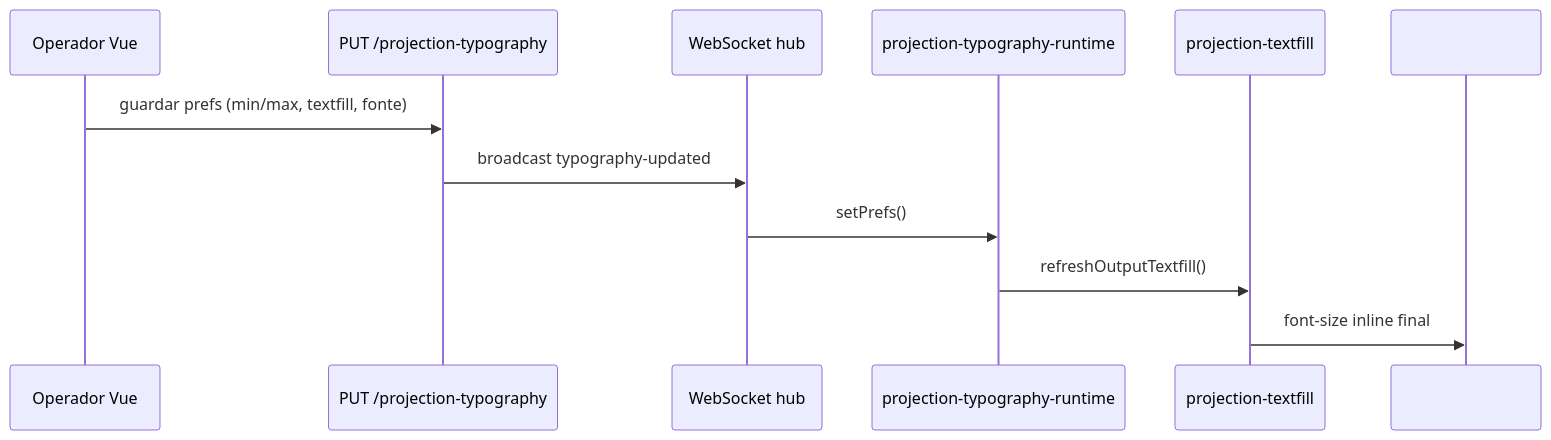
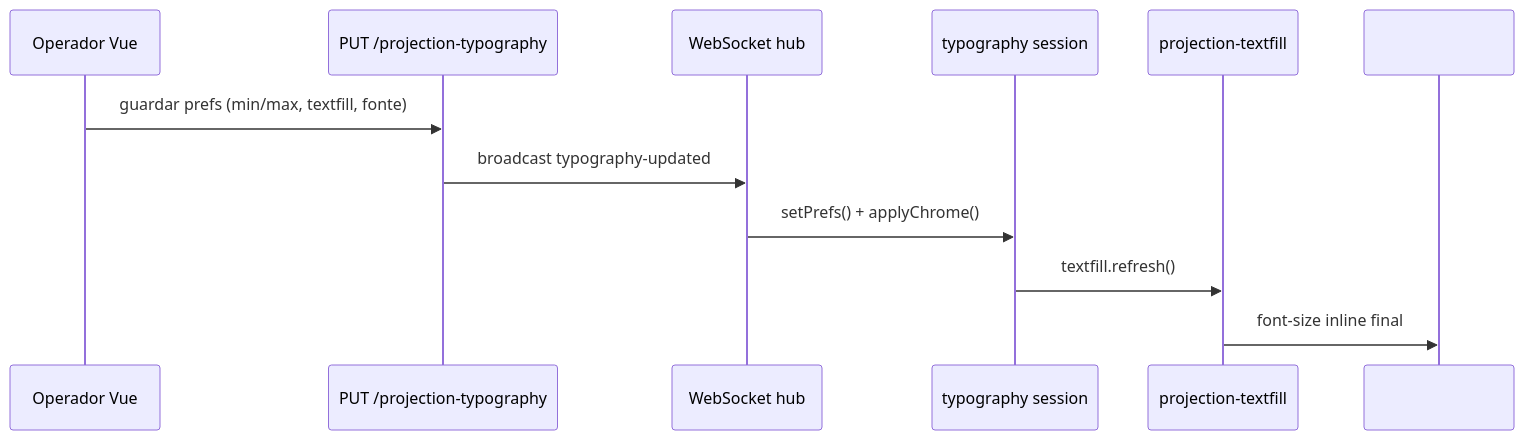
Before and after one commit to cadimos/livepraise: the diagram in docs/projection-textfill.md, drawn with Mermaid. The commit also changed other lines of this file and 11 other files, not shown here.

````diff
--- a/docs/projection-textfill.md
+++ b/docs/projection-textfill.md
@@ -63,15 +73,15 @@
 ```mermaid
 sequenceDiagram
   participant Op as Operador Vue
   participant API as PUT /projection-typography
   participant WS as WebSocket hub
-  participant RT as projection-typography-runtime
+  participant Ty as typography session
   participant TF as projection-textfill
   participant DOM as #conteudo
 
   Op->>API: guardar prefs (min/max, textfill, fonte)
   API->>WS: broadcast typography-updated
-  WS->>RT: setPrefs()
-  RT->>TF: refreshOutputTextfill()
+  WS->>Ty: setPrefs() + applyChrome()
+  Ty->>TF: textfill.refresh()
   TF->>DOM: font-size inline final
 ```
````
